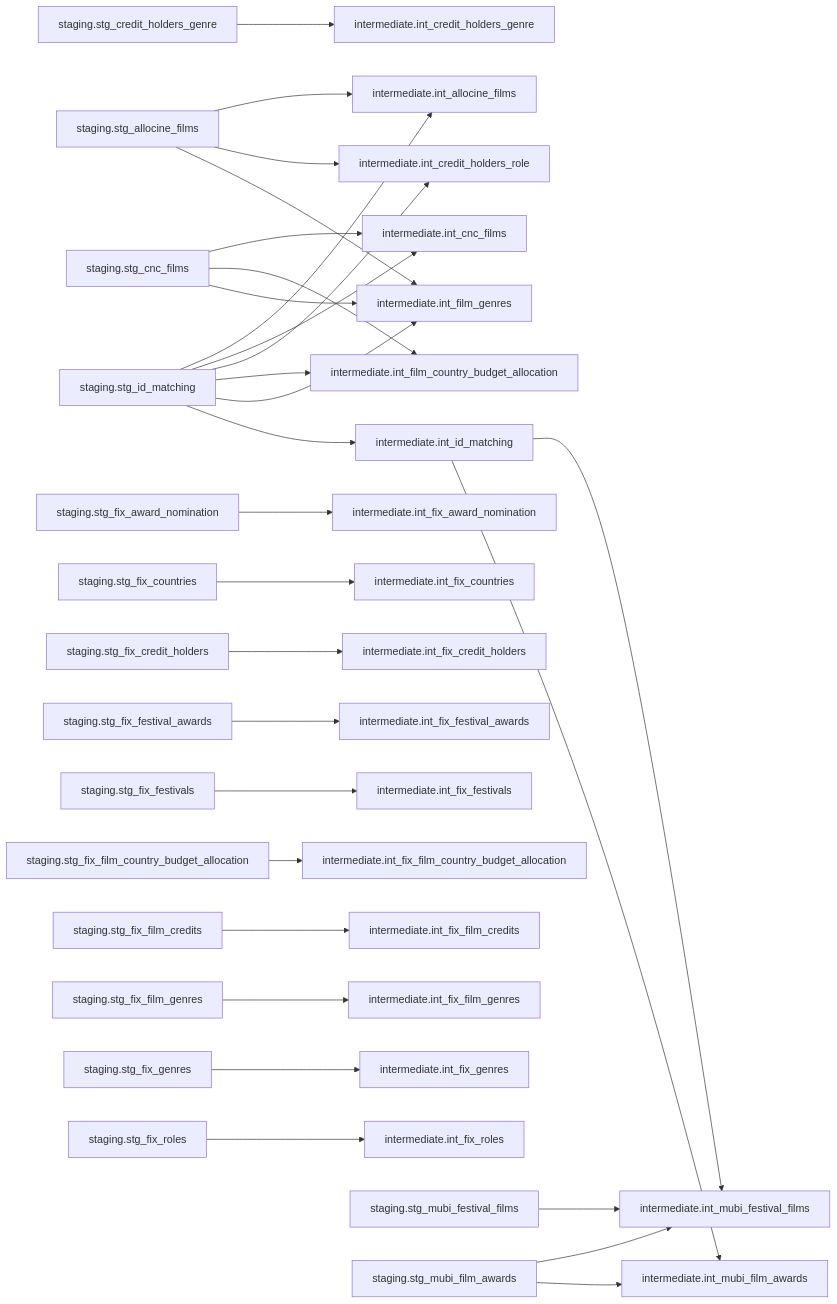
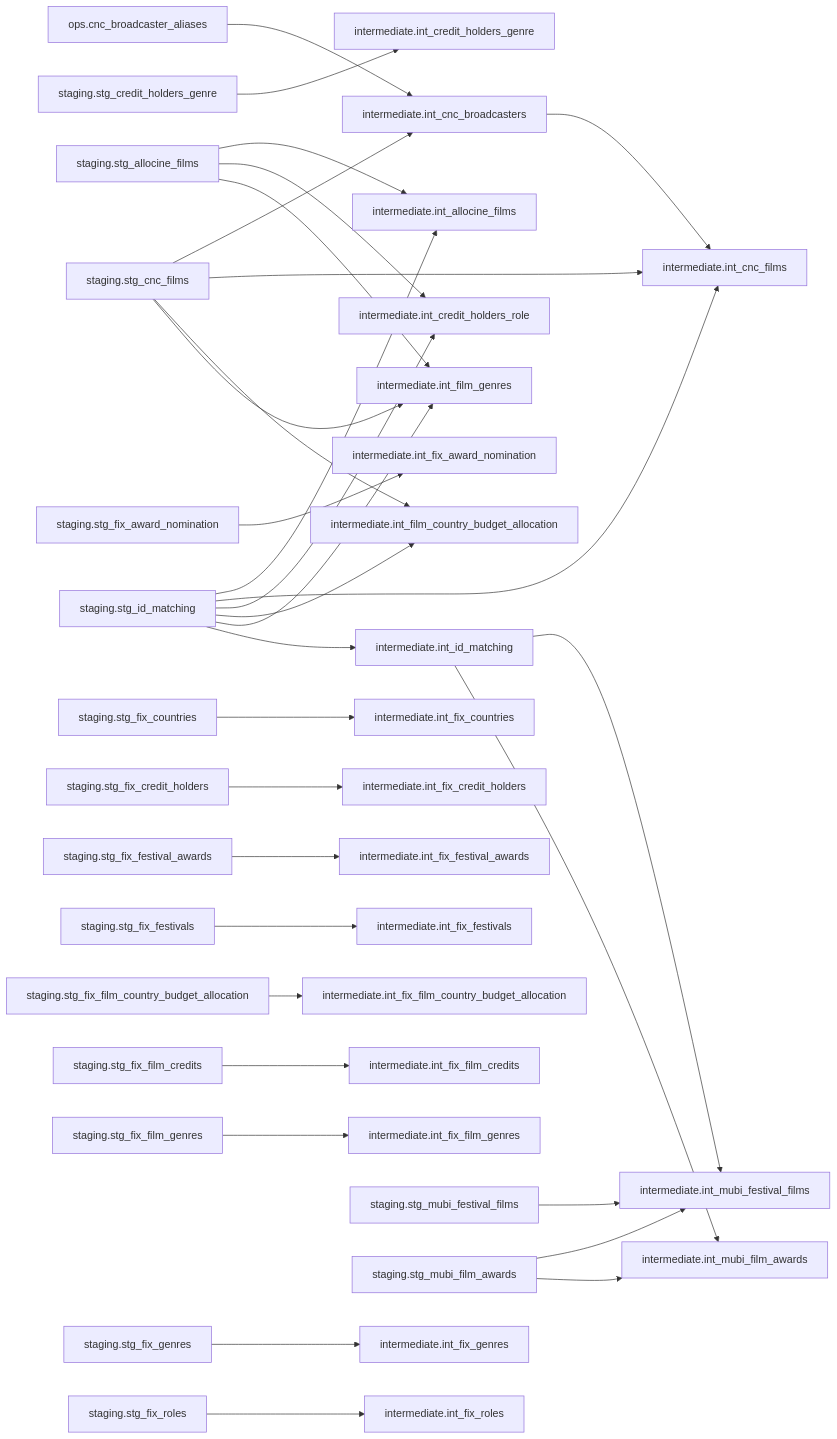
One commit to Le-Collectif-50-50/cinestats-5050 changed the third of 5 diagrams in docs/dbt-lineage.md. Above: the diagram before and after it, drawn with Mermaid. The commit also changed other lines of this file, not shown here.

````diff
--- a/docs/dbt-lineage.md
+++ b/docs/dbt-lineage.md
@@ -233,66 +241,71 @@
 ```mermaid
 flowchart LR
-  n11["intermediate.int_allocine_films"]
-  n12["intermediate.int_cnc_films"]
-  n13["intermediate.int_credit_holders_genre"]
-  n14["intermediate.int_credit_holders_role"]
-  n15["intermediate.int_film_country_budget_allocation"]
-  n16["intermediate.int_film_genres"]
-  n17["intermediate.int_fix_award_nomination"]
-  n18["intermediate.int_fix_countries"]
-  n19["intermediate.int_fix_credit_holders"]
-  n20["intermediate.int_fix_festival_awards"]
-  n21["intermediate.int_fix_festivals"]
-  n22["intermediate.int_fix_film_country_budget_allocation"]
-  n23["intermediate.int_fix_film_credits"]
-  n24["intermediate.int_fix_film_genres"]
-  n25["intermediate.int_fix_genres"]
-  n26["intermediate.int_fix_roles"]
-  n27["intermediate.int_id_matching"]
-  n28["intermediate.int_mubi_festival_films"]
-  n29["intermediate.int_mubi_film_awards"]
-  n30["staging.stg_allocine_films"]
-  n31["staging.stg_cnc_films"]
-  n32["staging.stg_credit_holders_genre"]
-  n33["staging.stg_fix_award_nomination"]
-  n34["staging.stg_fix_countries"]
-  n35["staging.stg_fix_credit_holders"]
-  n36["staging.stg_fix_festival_awards"]
-  n37["staging.stg_fix_festivals"]
-  n38["staging.stg_fix_film_country_budget_allocation"]
-  n39["staging.stg_fix_film_credits"]
-  n40["staging.stg_fix_film_genres"]
-  n41["staging.stg_fix_genres"]
-  n42["staging.stg_fix_roles"]
-  n43["staging.stg_id_matching"]
-  n44["staging.stg_mubi_festival_films"]
-  n45["staging.stg_mubi_film_awards"]
-  n27 --> n28
-  n27 --> n29
-  n30 --> n11
-  n30 --> n14
-  n30 --> n16
-  n31 --> n12
-  n31 --> n15
-  n31 --> n16
-  n32 --> n13
+  n12["intermediate.int_allocine_films"]
+  n13["intermediate.int_cnc_broadcasters"]
+  n14["intermediate.int_cnc_films"]
+  n15["intermediate.int_credit_holders_genre"]
+  n16["intermediate.int_credit_holders_role"]
+  n17["intermediate.int_film_country_budget_allocation"]
+  n18["intermediate.int_film_genres"]
+  n19["intermediate.int_fix_award_nomination"]
+  n20["intermediate.int_fix_countries"]
+  n21["intermediate.int_fix_credit_holders"]
+  n22["intermediate.int_fix_festival_awards"]
+  n23["intermediate.int_fix_festivals"]
+  n24["intermediate.int_fix_film_country_budget_allocation"]
+  n25["intermediate.int_fix_film_credits"]
+  n26["intermediate.int_fix_film_genres"]
+  n27["intermediate.int_fix_genres"]
+  n28["intermediate.int_fix_roles"]
+  n29["intermediate.int_id_matching"]
+  n30["intermediate.int_mubi_festival_films"]
+  n31["intermediate.int_mubi_film_awards"]
+  n32["staging.stg_allocine_films"]
+  n33["staging.stg_cnc_films"]
+  n34["staging.stg_credit_holders_genre"]
+  n35["staging.stg_fix_award_nomination"]
+  n36["staging.stg_fix_countries"]
+  n37["staging.stg_fix_credit_holders"]
+  n38["staging.stg_fix_festival_awards"]
+  n39["staging.stg_fix_festivals"]
+  n40["staging.stg_fix_film_country_budget_allocation"]
+  n41["staging.stg_fix_film_credits"]
+  n42["staging.stg_fix_film_genres"]
+  n43["staging.stg_fix_genres"]
+  n44["staging.stg_fix_roles"]
+  n45["staging.stg_id_matching"]
+  n46["staging.stg_mubi_festival_films"]
+  n47["staging.stg_mubi_film_awards"]
+  n51["ops.cnc_broadcaster_aliases"]
+  n13 --> n14
+  n29 --> n30
+  n29 --> n31
+  n32 --> n12
+  n32 --> n16
+  n32 --> n18
+  n33 --> n13
+  n33 --> n14
   n33 --> n17
-  n34 --> n18
+  n33 --> n18
+  n34 --> n15
   n35 --> n19
   n36 --> n20
   n37 --> n21
   n38 --> n22
   n39 --> n23
   n40 --> n24
   n41 --> n25
   n42 --> n26
-  n43 --> n11
-  n43 --> n12
-  n43 --> n14
-  n43 --> n15
-  n43 --> n16
   n43 --> n27
   n44 --> n28
-  n45 --> n28
+  n45 --> n12
+  n45 --> n14
+  n45 --> n16
+  n45 --> n17
+  n45 --> n18
   n45 --> n29
+  n46 --> n30
+  n47 --> n30
+  n47 --> n31
+  n51 --> n13
 ```
````
